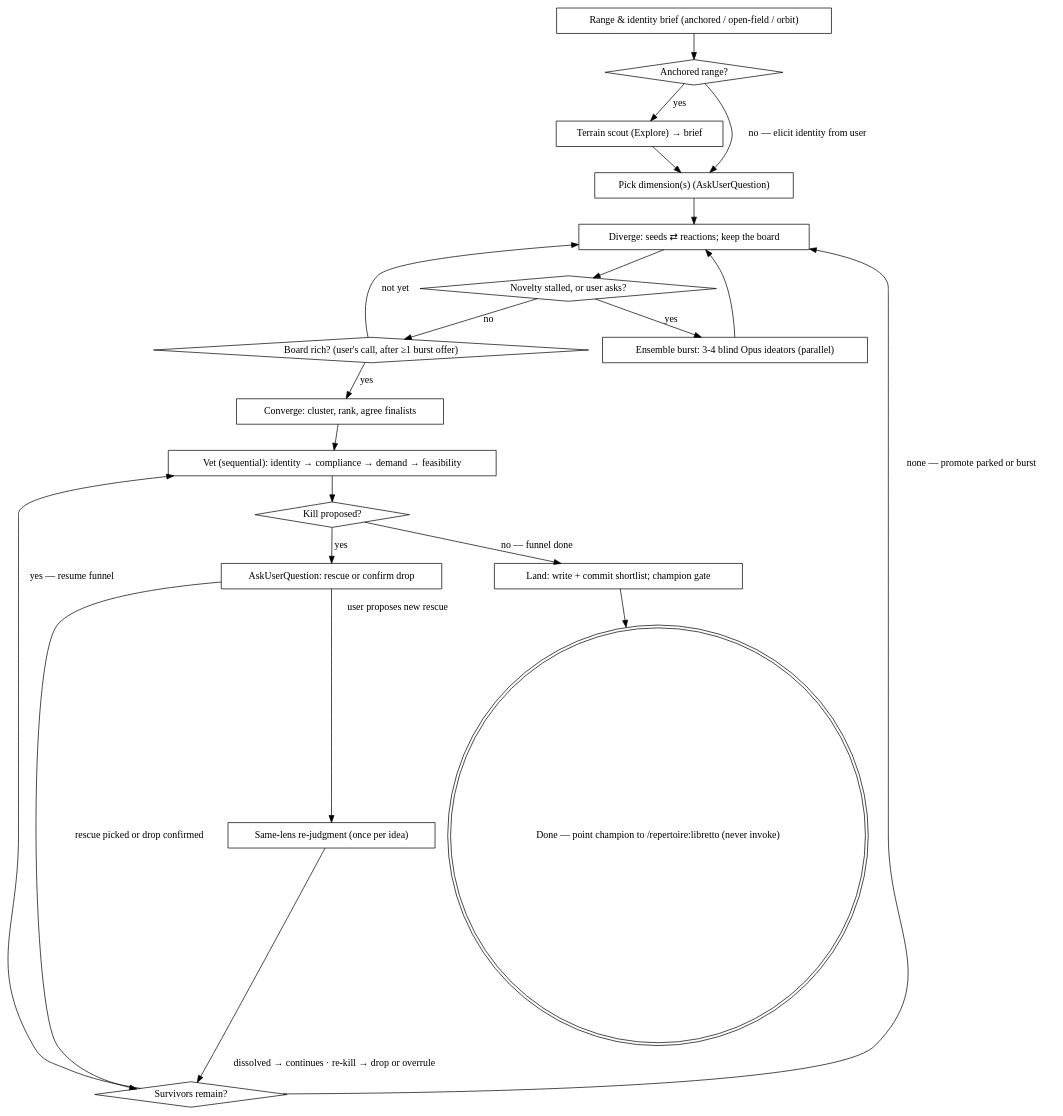
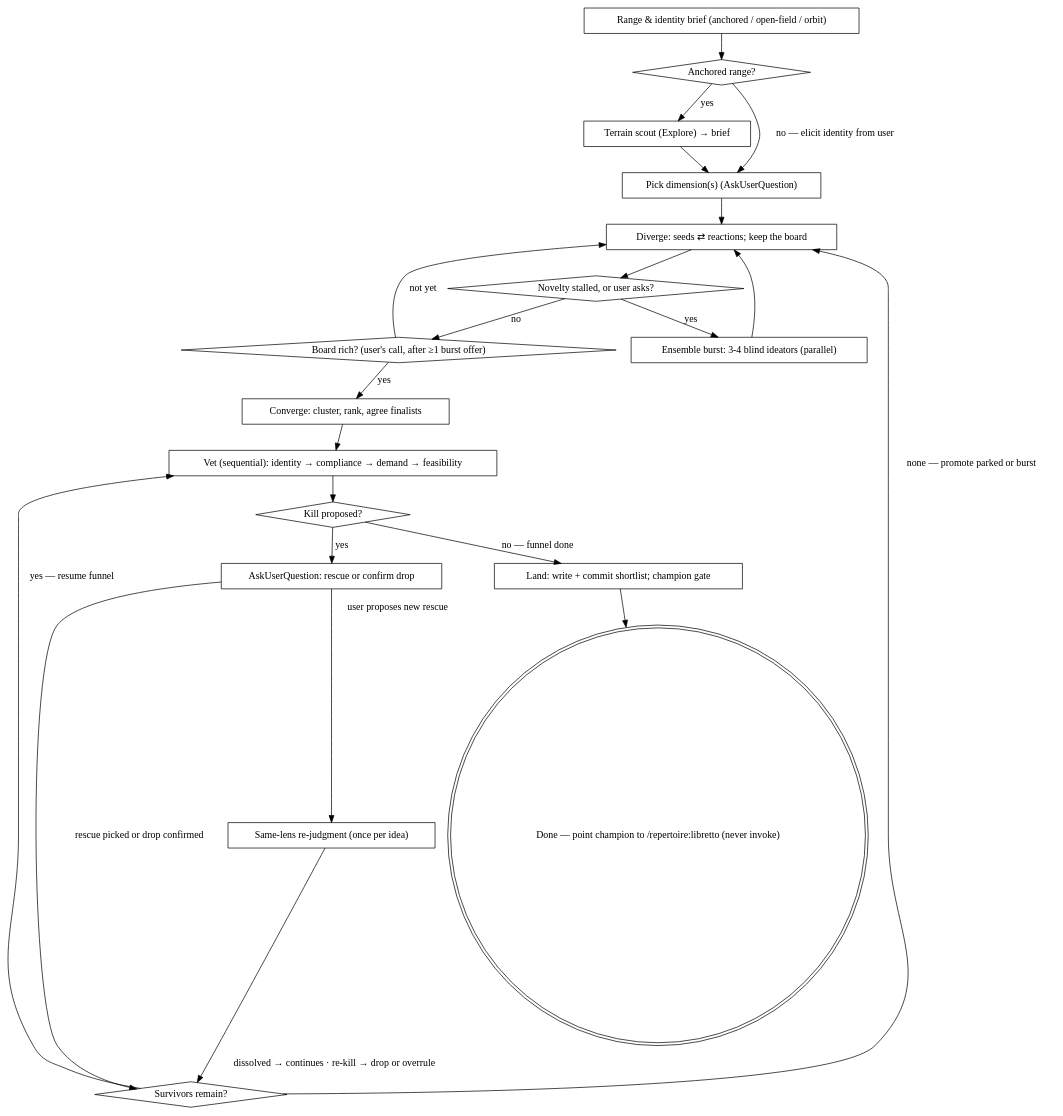
Before and after one commit to PythonShe/Repertoire: the diagram in skills/eureka/SKILL.md, drawn with Graphviz. The commit also changed other lines of this file and 21 other files, not shown here.

````diff
--- a/skills/eureka/SKILL.md
+++ b/skills/eureka/SKILL.md
@@ -74,43 +78,43 @@
 ```dot
 digraph eureka {
     rankdir=TB;
     "Range & identity brief (anchored / open-field / orbit)" [shape=box];
     "Anchored range?" [shape=diamond];
     "Terrain scout (Explore) → brief" [shape=box];
     "Pick dimension(s) (AskUserQuestion)" [shape=box];
     "Diverge: seeds ⇄ reactions; keep the board" [shape=box];
     "Novelty stalled, or user asks?" [shape=diamond];
-    "Ensemble burst: 3-4 blind Opus ideators (parallel)" [shape=box];
+    "Ensemble burst: 3-4 blind ideators (parallel)" [shape=box];
     "Board rich? (user's call, after ≥1 burst offer)" [shape=diamond];
     "Converge: cluster, rank, agree finalists" [shape=box];
     "Vet (sequential): identity → compliance → demand → feasibility" [shape=box];
     "Kill proposed?" [shape=diamond];
     "AskUserQuestion: rescue or confirm drop" [shape=box];
     "Same-lens re-judgment (once per idea)" [shape=box];
     "Survivors remain?" [shape=diamond];
     "Land: write + commit shortlist; champion gate" [shape=box];
     "Done — point champion to /repertoire:libretto (never invoke)" [shape=doublecircle];
 
     "Range & identity brief (anchored / open-field / orbit)" -> "Anchored range?";
     "Anchored range?" -> "Terrain scout (Explore) → brief" [label="yes"];
     "Anchored range?" -> "Pick dimension(s) (AskUserQuestion)" [label="no — elicit identity from user"];
     "Terrain scout (Explore) → brief" -> "Pick dimension(s) (AskUserQuestion)";
     "Pick dimension(s) (AskUserQuestion)" -> "Diverge: seeds ⇄ reactions; keep the board";
     "Diverge: seeds ⇄ reactions; keep the board" -> "Novelty stalled, or user asks?";
-    "Novelty stalled, or user asks?" -> "Ensemble burst: 3-4 blind Opus ideators (parallel)" [label="yes"];
+    "Novelty stalled, or user asks?" -> "Ensemble burst: 3-4 blind ideators (parallel)" [label="yes"];
     "Novelty stalled, or user asks?" -> "Board rich? (user's call, after ≥1 burst offer)" [label="no"];
-    "Ensemble burst: 3-4 blind Opus ideators (parallel)" -> "Diverge: seeds ⇄ reactions; keep the board";
+    "Ensemble burst: 3-4 blind ideators (parallel)" -> "Diverge: seeds ⇄ reactions; keep the board";
     "Board rich? (user's call, after ≥1 burst offer)" -> "Diverge: seeds ⇄ reactions; keep the board" [label="not yet"];
     "Board rich? (user's call, after ≥1 burst offer)" -> "Converge: cluster, rank, agree finalists" [label="yes"];
     "Converge: cluster, rank, agree finalists" -> "Vet (sequential): identity → compliance → demand → feasibility";
     "Vet (sequential): identity → compliance → demand → feasibility" -> "Kill proposed?";
     "Kill proposed?" -> "AskUserQuestion: rescue or confirm drop" [label="yes"];
     "Kill proposed?" -> "Land: write + commit shortlist; champion gate" [label="no — funnel done"];
     "AskUserQuestion: rescue or confirm drop" -> "Survivors remain?" [label="rescue picked or drop confirmed"];
     "AskUserQuestion: rescue or confirm drop" -> "Same-lens re-judgment (once per idea)" [label="user proposes new rescue"];
     "Same-lens re-judgment (once per idea)" -> "Survivors remain?" [label="dissolved → continues · re-kill → drop or overrule"];
     "Survivors remain?" -> "Vet (sequential): identity → compliance → demand → feasibility" [label="yes — resume funnel"];
     "Survivors remain?" -> "Diverge: seeds ⇄ reactions; keep the board" [label="none — promote parked or burst"];
     "Land: write + commit shortlist; champion gate" -> "Done — point champion to /repertoire:libretto (never invoke)";
 }
 ```
````
